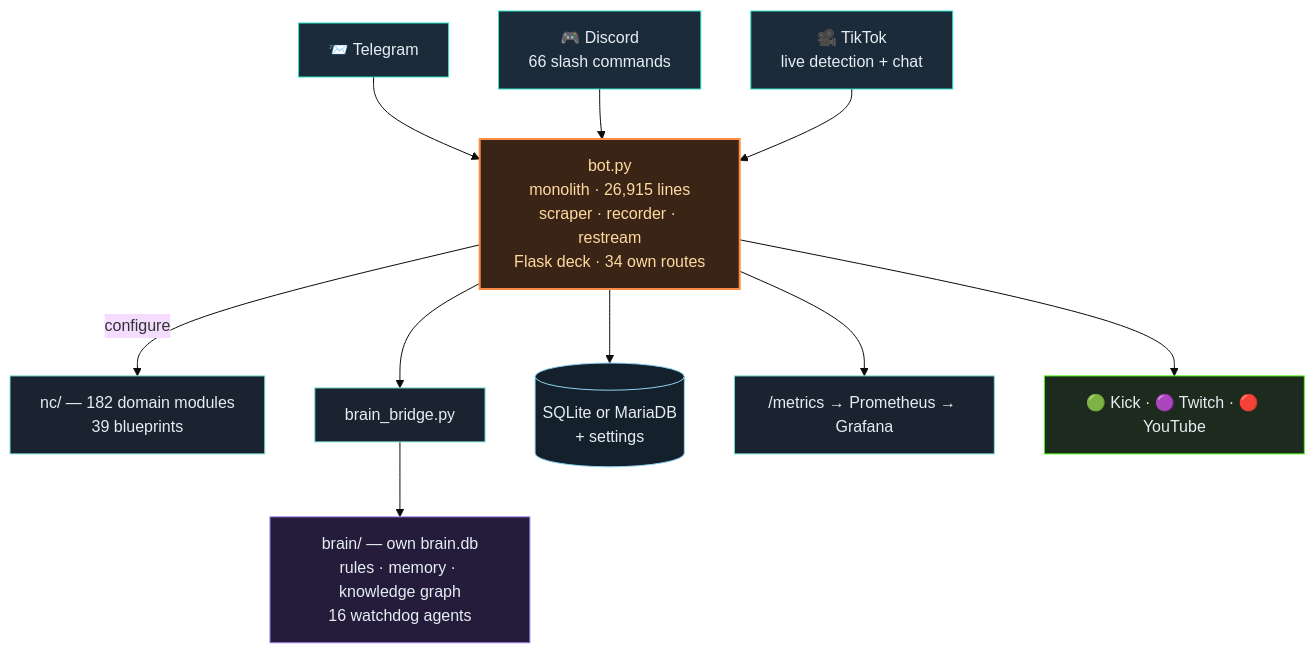
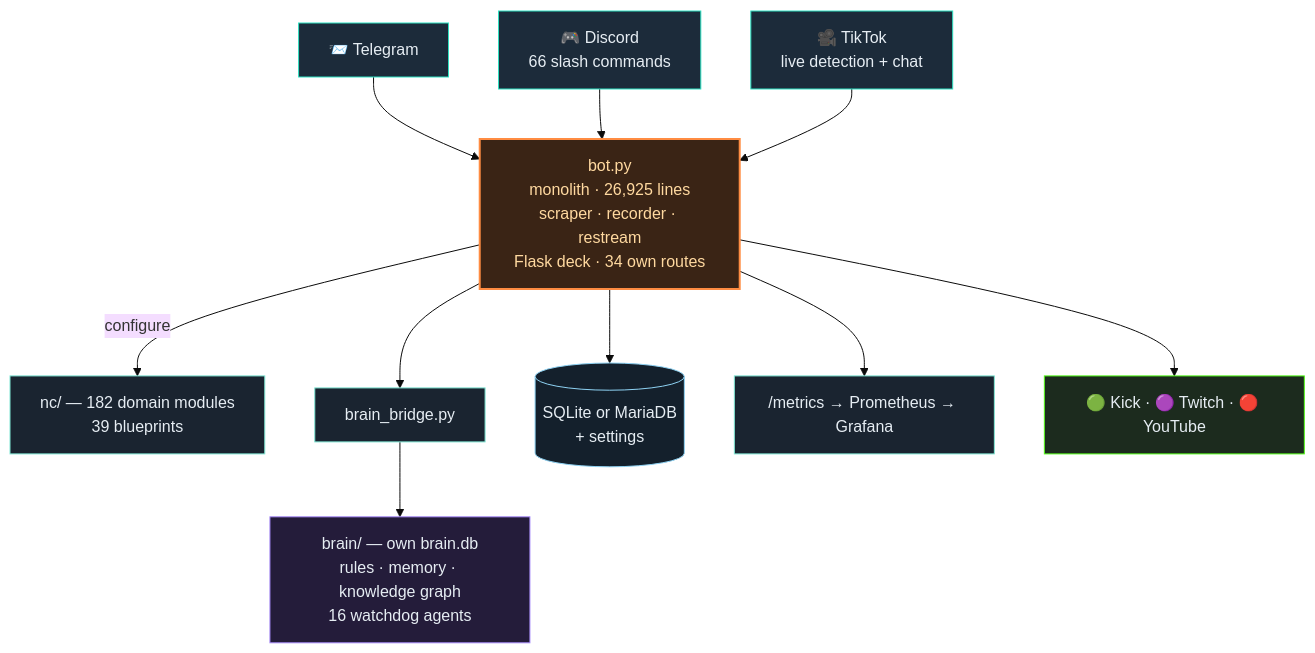
Before and after one commit to itsamemedev/Telegram-Stream-Info-Bot: the second of 3 diagrams in README.en.md, drawn with Mermaid (base theme). The commit also changed other lines of this file and 12 other files, not shown here.

````diff
--- a/README.en.md
+++ b/README.en.md
@@ -119,19 +119,19 @@
 ```mermaid
 flowchart TB
     TG["📨 Telegram"]:::ein --> BOT
     DC["🎮 Discord<br/>66 slash commands"]:::ein --> BOT
     TT["🎥 TikTok<br/>live detection + chat"]:::ein --> BOT
-    BOT["bot.py<br/>monolith · 26,915 lines<br/>scraper · recorder · restream<br/>Flask deck · 34 own routes"]:::core
+    BOT["bot.py<br/>monolith · 26,925 lines<br/>scraper · recorder · restream<br/>Flask deck · 34 own routes"]:::core
     BOT -->|configure| NC["nc/ — 182 domain modules<br/>39 blueprints"]:::lib
     BOT --> BR["brain_bridge.py"]:::lib
     BR --> BRAIN["brain/ — own brain.db<br/>rules · memory · knowledge graph<br/>16 watchdog agents"]:::brain
     BOT --> DB[("SQLite or MariaDB<br/>+ settings")]:::db
     BOT --> PROM["/metrics → Prometheus → Grafana"]:::lib
     BOT --> OUT["🟢 Kick · 🟣 Twitch · 🔴 YouTube"]:::out
     classDef ein fill:#1c2b3a,stroke:#2de1c2,color:#e6edf3
     classDef core fill:#3a2415,stroke:#ff8c42,stroke-width:2px,color:#ffd9a0
     classDef lib fill:#1a2430,stroke:#7fe7d4,color:#e6edf3
     classDef brain fill:#241c3a,stroke:#a78bfa,color:#e6edf3
     classDef db fill:#14202c,stroke:#8fd3f4,color:#e6edf3
     classDef out fill:#1c2b1e,stroke:#53fc18,color:#e6edf3
 ```
````
